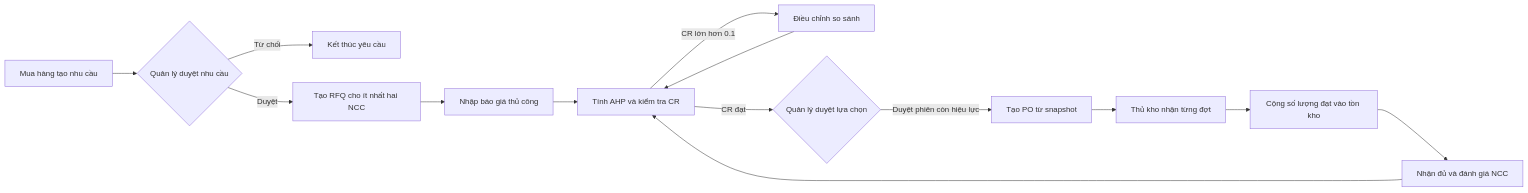
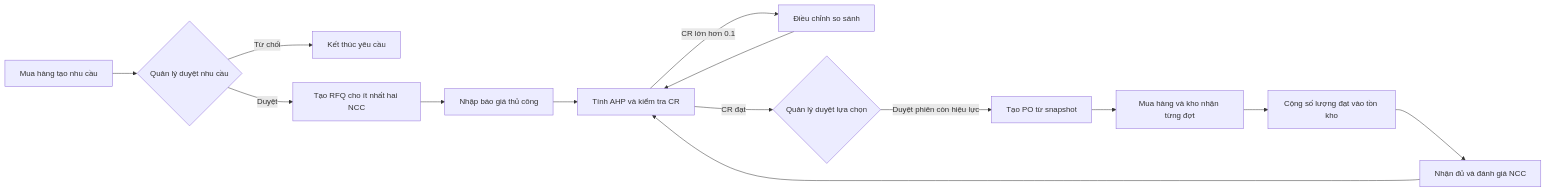
One commit to huyduong231005-ui/QuocViet changed the first of 2 diagrams in docs/core-flow.md. Above: the diagram before and after it, drawn with Mermaid. The commit also changed 53 other files, not shown here.

````diff
--- a/docs/core-flow.md
+++ b/docs/core-flow.md
@@ -5,16 +5,16 @@
 ```mermaid
 flowchart LR
   A[Mua hàng tạo nhu cầu] --> B{Quản lý duyệt nhu cầu}
   B -->|Từ chối| X[Kết thúc yêu cầu]
   B -->|Duyệt| C[Tạo RFQ cho ít nhất hai NCC]
   C --> D[Nhập báo giá thủ công]
   D --> E[Tính AHP và kiểm tra CR]
   E -->|CR lớn hơn 0.1| F[Điều chỉnh so sánh]
   F --> E
   E -->|CR đạt| G{Quản lý duyệt lựa chọn}
   G -->|Duyệt phiên còn hiệu lực| H[Tạo PO từ snapshot]
-  H --> I[Thủ kho nhận từng đợt]
+  H --> I[Mua hàng và kho nhận từng đợt]
   I --> J[Cộng số lượng đạt vào tồn kho]
   J --> K[Nhận đủ và đánh giá NCC]
   K --> E
 ```
````
